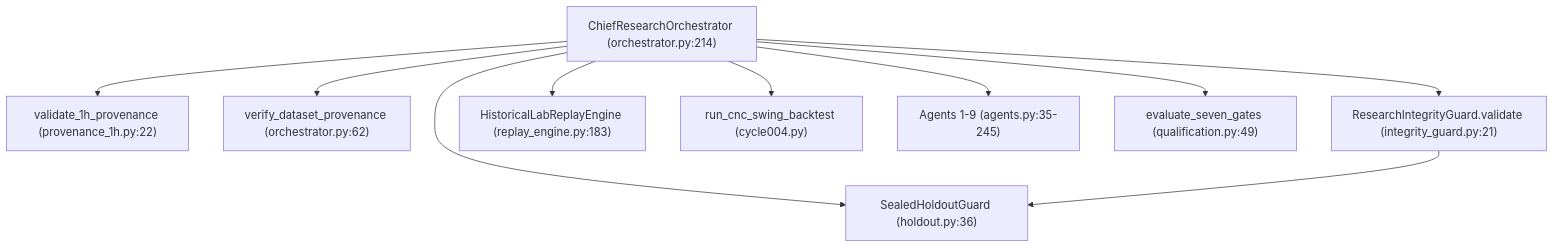
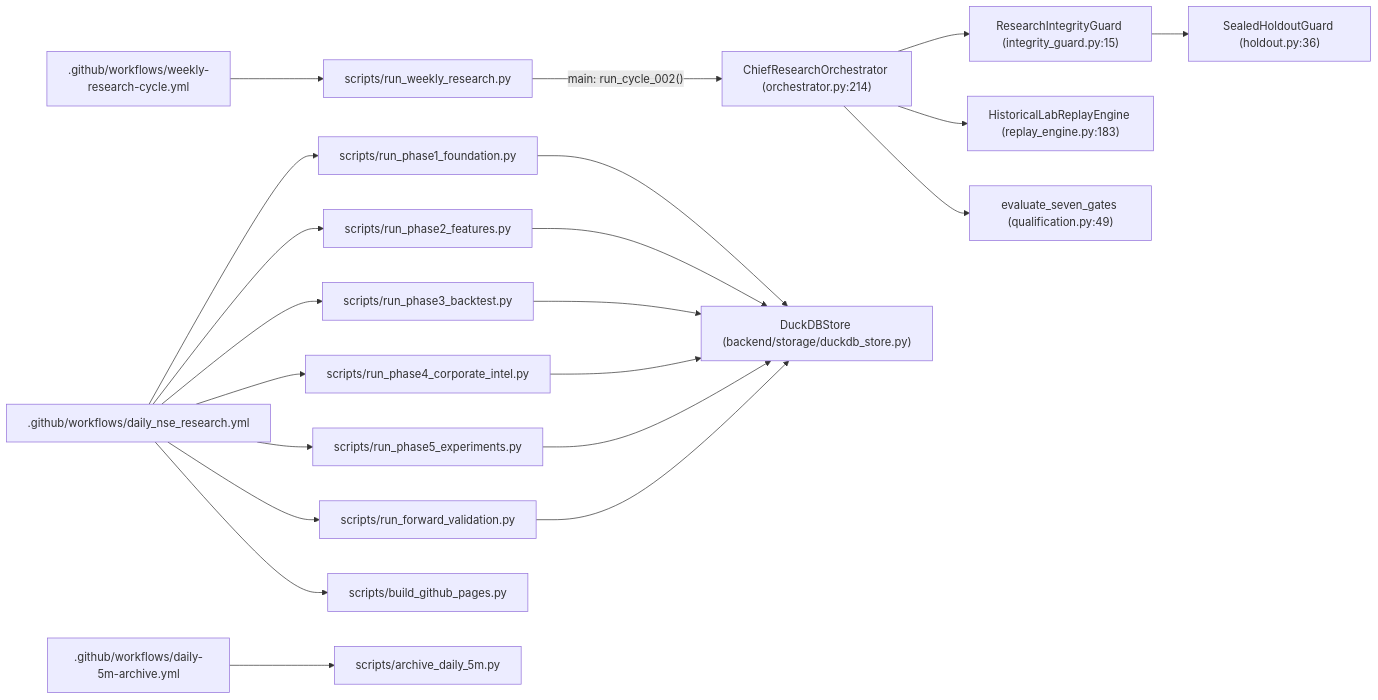
One commit to rammsec/indian-stock-ai-agent changed the diagram in docs/engineering/ARCHITECTURE_AND_INTEGRITY.md. Above: the diagram before and after it, drawn with Mermaid. The commit also changed other lines of this file, not shown here.

Commit message:
Phase 11.4: Verify and complete architecture reference against main

````diff
--- a/docs/engineering/ARCHITECTURE_AND_INTEGRITY.md
+++ b/docs/engineering/ARCHITECTURE_AND_INTEGRITY.md
@@ -37,22 +37,20 @@
 ```mermaid
-flowchart TD
-    ORCH["ChiefResearchOrchestrator (orchestrator.py:214)"]
-    PROV1H["validate_1h_provenance (provenance_1h.py:22)"]
-    PROV5M["verify_dataset_provenance (orchestrator.py:62)"]
-    IG["ResearchIntegrityGuard.validate (integrity_guard.py:21)"]
-    HG["SealedHoldoutGuard (holdout.py:36)"]
-    ENG["HistoricalLabReplayEngine (replay_engine.py:183)"]
-    CNC["run_cnc_swing_backtest (cycle004.py)"]
-    AGENTS["Agents 1-9 (agents.py:35-245)"]
-    QUAL["evaluate_seven_gates (qualification.py:49)"]
+flowchart LR
+    W1[".github/workflows/daily_nse_research.yml"] --> S1["scripts/run_phase1_foundation.py"]
+    W1 --> S2["scripts/run_phase2_features.py"]
+    W1 --> S3["scripts/run_phase3_backtest.py"]
+    W1 --> S4["scripts/run_phase4_corporate_intel.py"]
+    W1 --> S5["scripts/run_phase5_experiments.py"]
+    W1 --> SF["scripts/run_forward_validation.py"]
+    W1 --> SB["scripts/build_github_pages.py"]
 
-    ORCH --> PROV1H
-    ORCH --> PROV5M
-    ORCH --> IG
-    ORCH --> HG
-    ORCH --> ENG
-    ORCH --> CNC
-    ORCH --> AGENTS
-    ORCH --> QUAL
-    IG --> HG
+    W2[".github/workflows/daily-5m-archive.yml"] --> SA["scripts/archive_daily_5m.py"]
+    W3[".github/workflows/weekly-research-cycle.yml"] --> SW["scripts/run_weekly_research.py"]
+    SW -->|"main: run_cycle_002()"| ORCH["ChiefResearchOrchestrator (orchestrator.py:214)"]
+
+    S1 & S2 & S3 & S4 & S5 & SF --> DUCK["DuckDBStore (backend/storage/duckdb_store.py)"]
+    ORCH --> IG["ResearchIntegrityGuard (integrity_guard.py:15)"]
+    IG --> HG["SealedHoldoutGuard (holdout.py:36)"]
+    ORCH --> ENG["HistoricalLabReplayEngine (replay_engine.py:183)"]
+    ORCH --> QUAL["evaluate_seven_gates (qualification.py:49)"]
 ```
````
